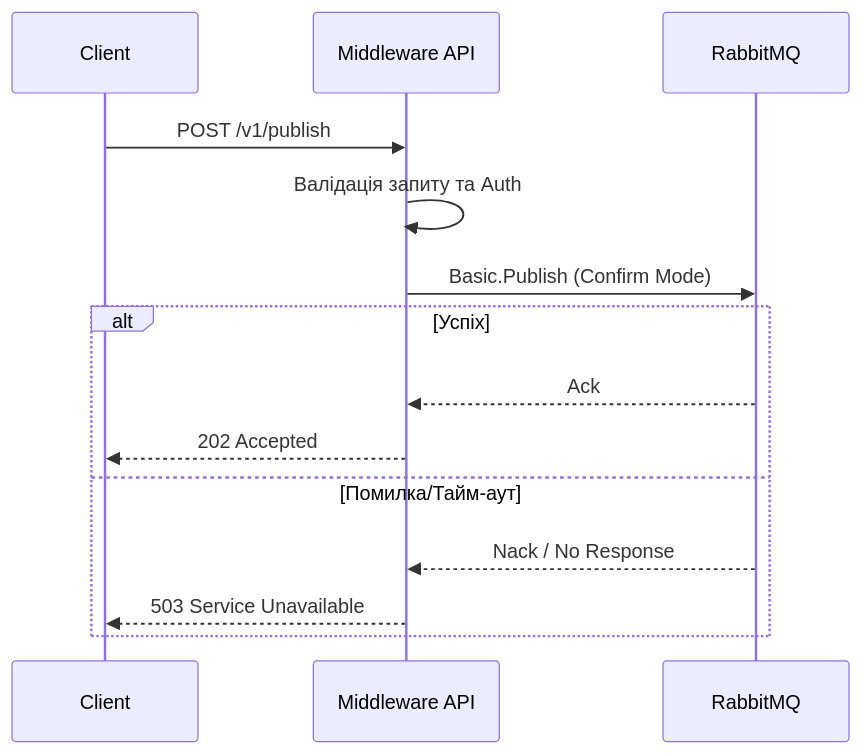
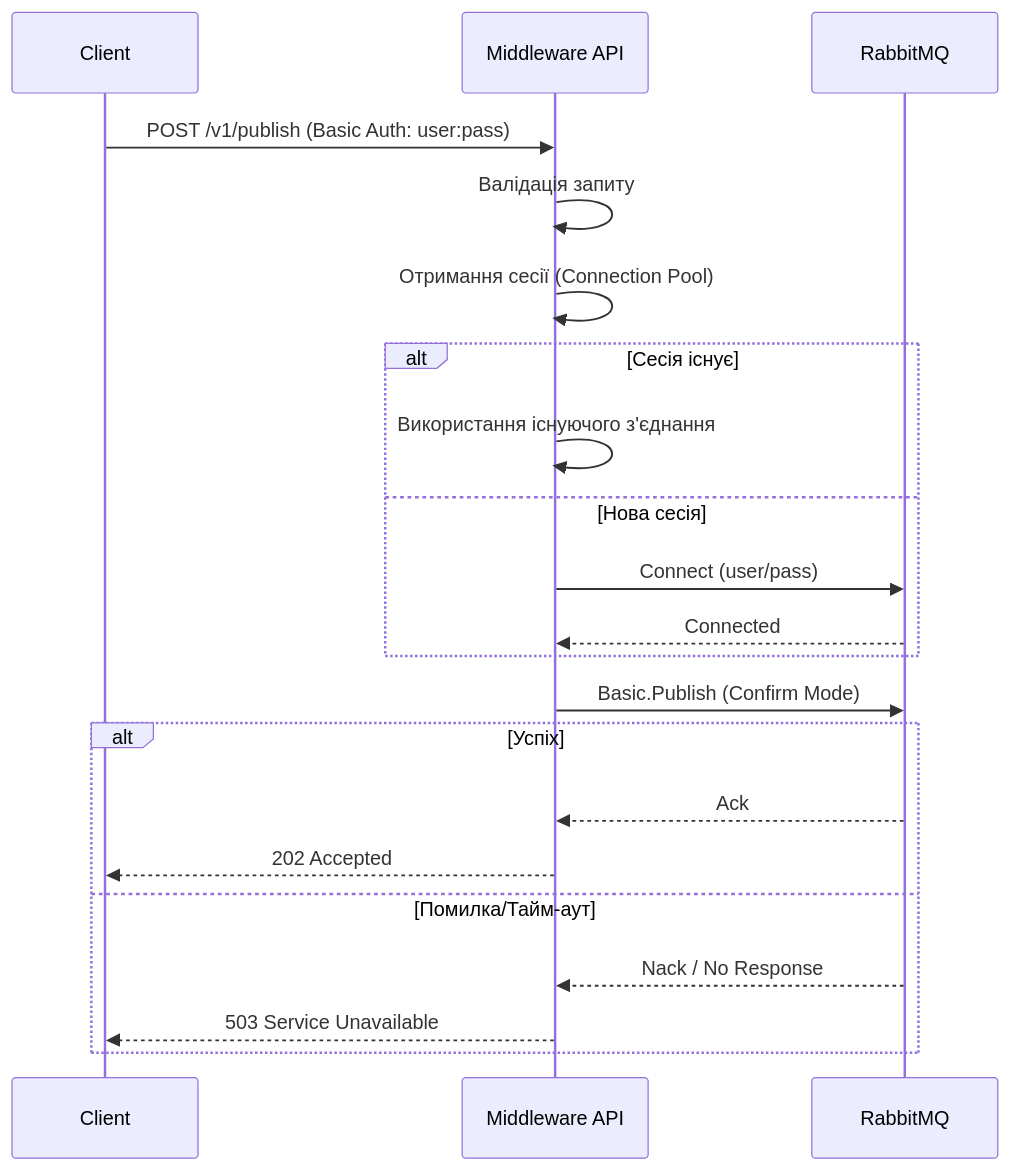
The second of 2 diagrams in README.md (maximsamokhval/HTTPtoAMQPBridgeMiddleware), drawn with Mermaid before and after one commit. The commit also changed other lines of this file and 6 other files, not shown here.

First line of the commit message:
refactor: implement per-user authentication and connection pooling

````diff
--- a/README.md
+++ b/README.md
@@ -99,17 +107,24 @@
 ```mermaid
 sequenceDiagram
     participant Client
     participant API as Middleware API
     participant AMQP as RabbitMQ
     
-    Client->>API: POST /v1/publish
-    API->>API: Валідація запиту та Auth
+    Client->>API: POST /v1/publish (Basic Auth: user:pass)
+    API->>API: Валідація запиту
+    API->>API: Отримання сесії (Connection Pool)
+    alt Сесія існує
+        API->>API: Використання існуючого з'єднання
+    else Нова сесія
+        API->>AMQP: Connect (user/pass)
+        AMQP-->>API: Connected
+    end
     API->>AMQP: Basic.Publish (Confirm Mode)
     alt Успіх
         AMQP-->>API: Ack
         API-->>Client: 202 Accepted
     else Помилка/Тайм-аут
         AMQP-->>API: Nack / No Response
         API-->>Client: 503 Service Unavailable
     end
 ```
````
